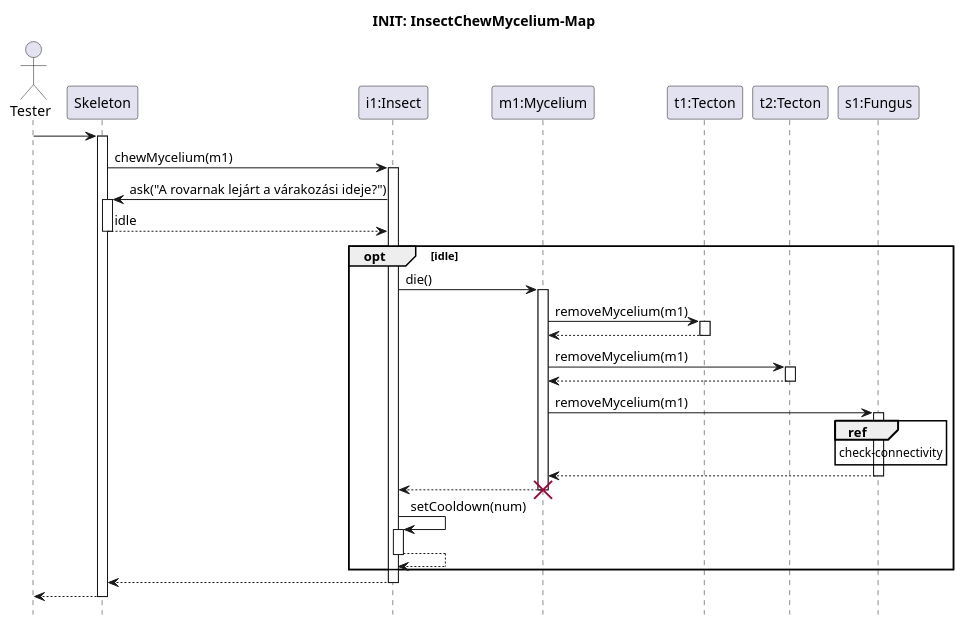
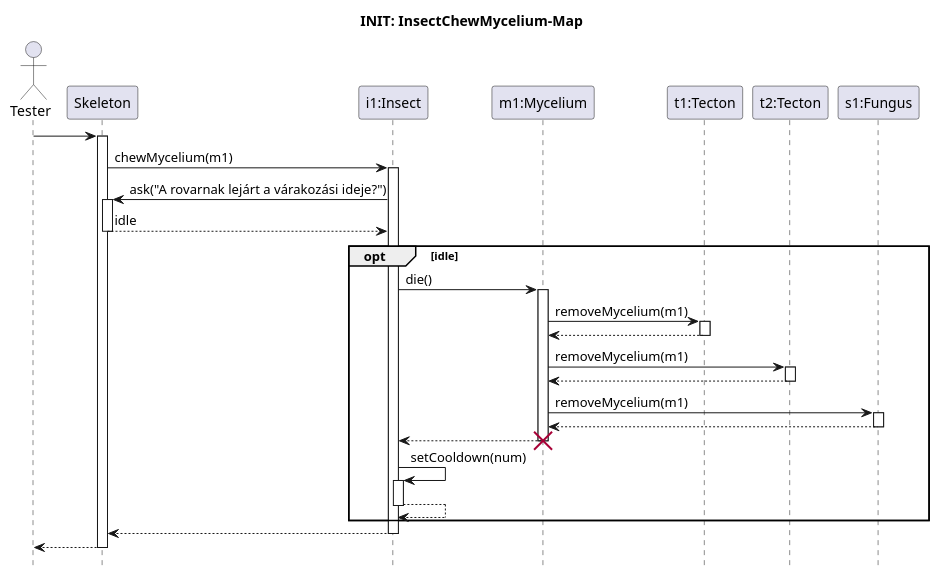
Before and after one commit to ZD4ve/projlab-error521: the diagram in Skeleton/Insect-chew-mycelium/sucess.pu, drawn with PlantUML. The commit also changed 2 other files, not shown here.

```diff
--- a/Skeleton/Insect-chew-mycelium/sucess.pu
+++ b/Skeleton/Insect-chew-mycelium/sucess.pu
@@ -1,53 +1,51 @@
 @startuml Insect-chew-mycelium/sucess
 hide footbox
 title INIT: InsectChewMycelium-Map
 
 actor Tester
 'TODO: Skeleton neve :Skeleton vagy csak Skeleton?
 participant Skeleton as S
 participant "i1:Insect" as i1
 participant "m1:Mycelium" as m1
 participant "t1:Tecton" as t1
 participant "t2:Tecton" as t2
 participant "s1:Fungus" as s1
 
 
 Tester -> S
 activate S
 S -> i1 : chewMycelium(m1)
 activate i1
 
 S <- i1 : ask("A rovarnak lejárt a várakozási ideje?")
 activate S
 return idle
 
 opt idle
     i1 -> m1 : die()
     activate m1
 
     m1 -> t1 : removeMycelium(m1)
     activate t1
     return
     m1 -> t2 : removeMycelium(m1)
     activate t2
     return
-
     m1 -> s1 : removeMycelium(m1)
     activate s1
-    ref over s1
-        check-connectivity
-    end ref
+    'ÜRES check-connectivity, mert nincs másk fonal és test
+    'TODO: legyen olyan teszt, ahoL van más fonal? ez külön teszteset? 
     return
 
     return
     destroy m1
 
     i1 -> i1 : setCooldown(num)
     activate i1
     return
 
 end
 
 return
 return
 @enduml
```
